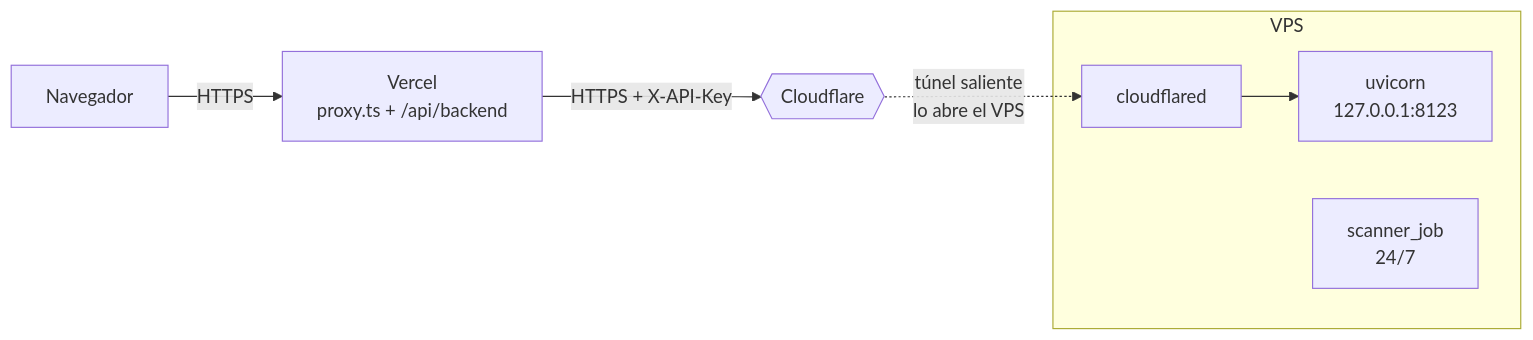
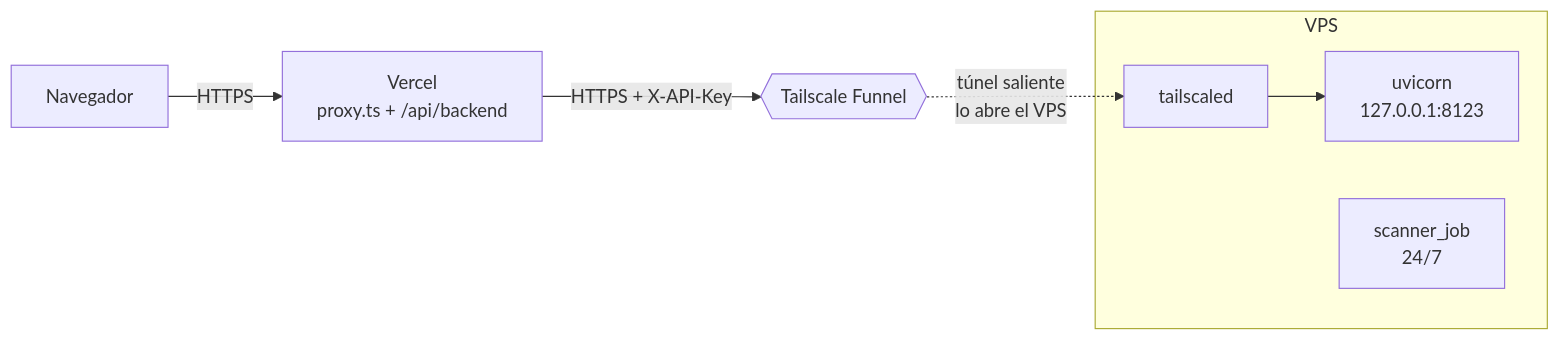
The seventh of 10 diagrams in README.md (ulisao/simuladorinversiones), drawn with Mermaid before and after one commit. The commit also changed other lines of this file and 1 other file, not shown here.

````diff
--- a/README.md
+++ b/README.md
@@ -547,12 +547,12 @@
 ```mermaid
 flowchart LR
     CEL[Navegador] -->|HTTPS| VER[Vercel<br/>proxy.ts + /api/backend]
-    VER -->|HTTPS + X-API-Key| CF{{Cloudflare}}
-    CF -.->|túnel saliente<br/>lo abre el VPS| CD[cloudflared]
-    CD --> API[uvicorn<br/>127.0.0.1:8123]
+    VER -->|HTTPS + X-API-Key| TS{{Tailscale Funnel}}
+    TS -.->|túnel saliente<br/>lo abre el VPS| TD[tailscaled]
+    TD --> API[uvicorn<br/>127.0.0.1:8123]
     subgraph VPS
-        CD
+        TD
         API
         SC[scanner_job<br/>24/7]
     end
 ```
````
